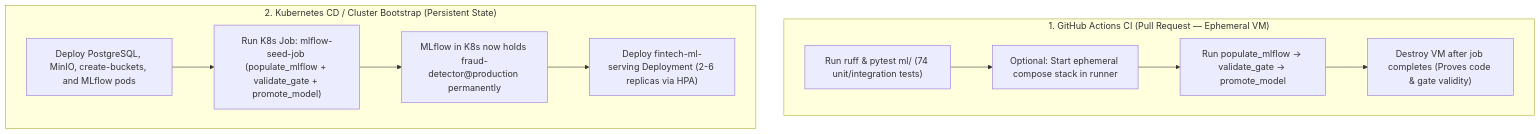
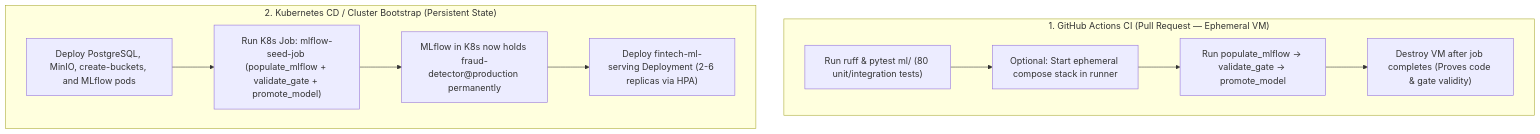
The third of 3 diagrams in docs/mlops-serving-team-handoff.md (Oubay-S/fintech-mlops-platform), drawn with Mermaid before and after one commit. The commit also changed other lines of this file and 4 other files, not shown here.

````diff
--- a/docs/mlops-serving-team-handoff.md
+++ b/docs/mlops-serving-team-handoff.md
@@ -242,18 +242,18 @@
 ```mermaid
 flowchart TD
     subgraph CI ["1. GitHub Actions CI (Pull Request — Ephemeral VM)"]
-        CI1["Run ruff & pytest ml/ (74 unit/integration tests)"]
+        CI1["Run ruff & pytest ml/ (80 unit/integration tests)"]
         CI2["Optional: Start ephemeral compose stack in runner"]
         CI3["Run populate_mlflow -> validate_gate -> promote_model"]
         CI4["Destroy VM after job completes (Proves code & gate validity)"]
         CI1 --> CI2 --> CI3 --> CI4
     end
 
     subgraph CD ["2. Kubernetes CD / Cluster Bootstrap (Persistent State)"]
         CD1["Deploy PostgreSQL, MinIO, create-buckets, and MLflow pods"]
         CD2["Run K8s Job: mlflow-seed-job (populate_mlflow + validate_gate + promote_model)"]
         CD3["MLflow in K8s now holds fraud-detector@production permanently"]
         CD4["Deploy fintech-ml-serving Deployment (2-6 replicas via HPA)"]
         CD1 --> CD2 --> CD3 --> CD4
     end
 ```
````
